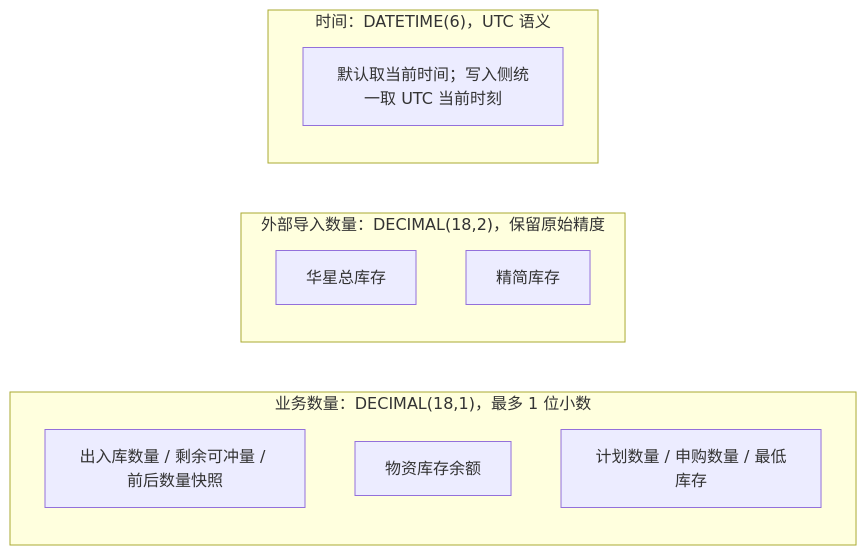
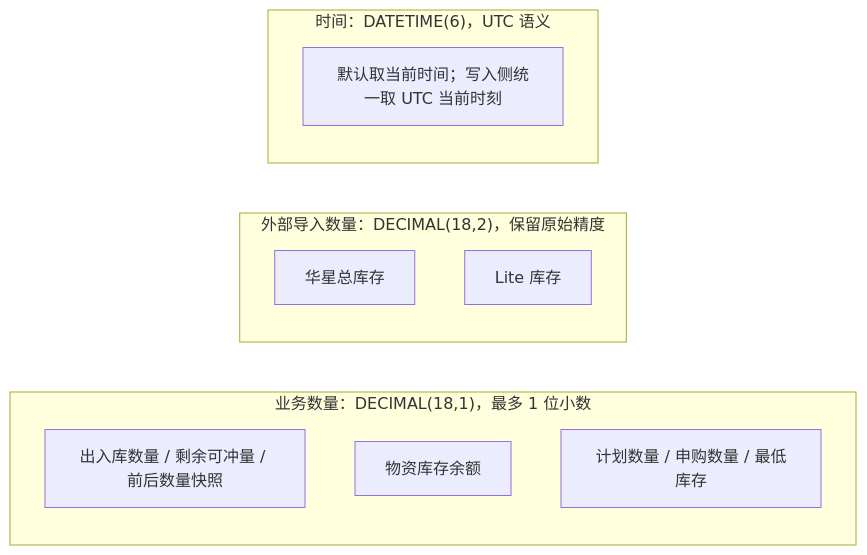
One commit to Sakana-1314/Electrical-Manager changed the second of 21 diagrams in docs/websites/pages/dev-data-model.md. Above: the diagram before and after it, drawn with Mermaid. The commit also changed other lines of this file and 47 other files, not shown here.

````diff
--- a/docs/websites/pages/dev-data-model.md
+++ b/docs/websites/pages/dev-data-model.md
@@ -71,15 +71,15 @@
 ```mermaid
 flowchart LR
     subgraph Q["业务数量：DECIMAL(18,1)，最多 1 位小数"]
         Q1["出入库数量 / 剩余可冲量 / 前后数量快照"]
         Q2["物资库存余额"]
         Q3["计划数量 / 申购数量 / 最低库存"]
     end
     subgraph X["外部导入数量：DECIMAL(18,2)，保留原始精度"]
         X1["华星总库存"]
-        X2["精简库存"]
+        X2["Lite 库存"]
     end
     subgraph D["时间：DATETIME(6)，UTC 语义"]
         D1["默认取当前时间；写入侧统一取 UTC 当前时刻"]
     end
 ```
````
